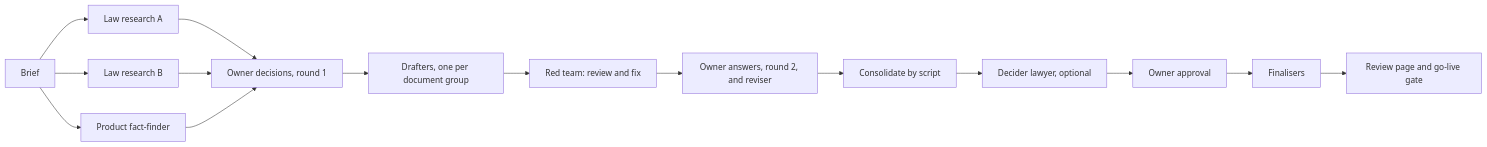
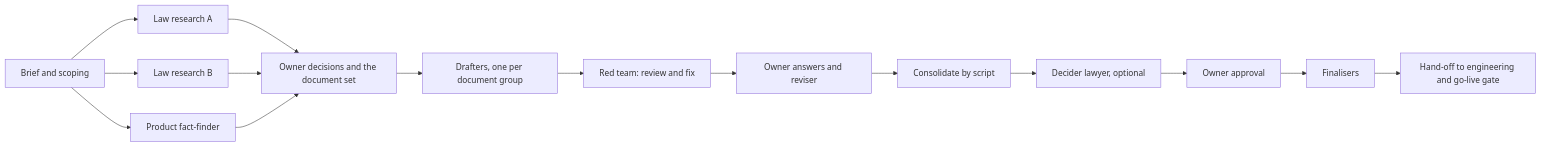
Before and after one commit to collinsanfo/ai-legal-team: the diagram in README.md, drawn with Mermaid. The commit also changed other lines of this file and 17 other files, not shown here.

First line of the commit message:
Choose the documents from the product: catalogue, scoping and hand-off

````diff
--- a/README.md
+++ b/README.md
@@ -50,15 +90,15 @@
 ```mermaid
 flowchart LR
-  A[Brief] --> B1[Law research A]
+  A[Brief and scoping] --> B1[Law research A]
   A --> B2[Law research B]
   A --> B3[Product fact-finder]
-  B1 & B2 & B3 --> C[Owner decisions, round 1]
+  B1 & B2 & B3 --> C[Owner decisions and the document set]
   C --> D[Drafters, one per document group]
   D --> E[Red team: review and fix]
-  E --> F[Owner answers, round 2, and reviser]
+  E --> F[Owner answers and reviser]
   F --> G[Consolidate by script]
   G --> H[Decider lawyer, optional]
   H --> I[Owner approval]
   I --> J[Finalisers]
-  J --> K[Review page and go-live gate]
+  J --> K[Hand-off to engineering and go-live gate]
 ```
````
